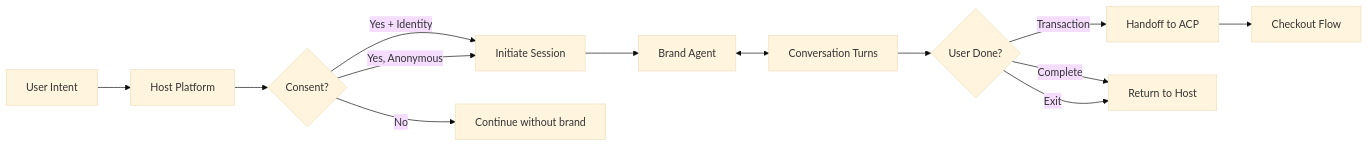
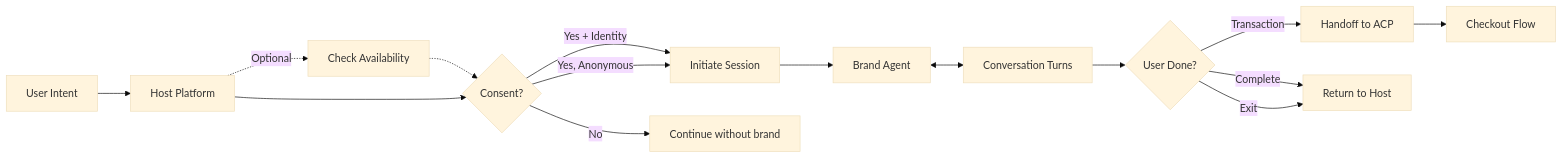
Before and after one commit to adcontextprotocol/adcp: the diagram in docs/sponsored-intelligence/overview.mdx, drawn with Mermaid (base theme). The commit also changed other lines of this file and 34 other files, not shown here.

````diff
--- a/docs/sponsored-intelligence/overview.mdx
+++ b/docs/sponsored-intelligence/overview.mdx
@@ -46,15 +46,17 @@
 ```mermaid
 flowchart LR
     A[User Intent] --> B[Host Platform]
+    B -.->|Optional| P[Check Availability]
+    P -.-> C
     B --> C{Consent?}
     C -->|Yes + Identity| D[Initiate Session]
     C -->|Yes, Anonymous| D
     C -->|No| E[Continue without brand]
     D --> F[Brand Agent]
     F <--> G[Conversation Turns]
     G --> H{User Done?}
     H -->|Transaction| I[Handoff to ACP]
     H -->|Complete| J[Return to Host]
     H -->|Exit| J
     I --> K[Checkout Flow]
 ```
````
